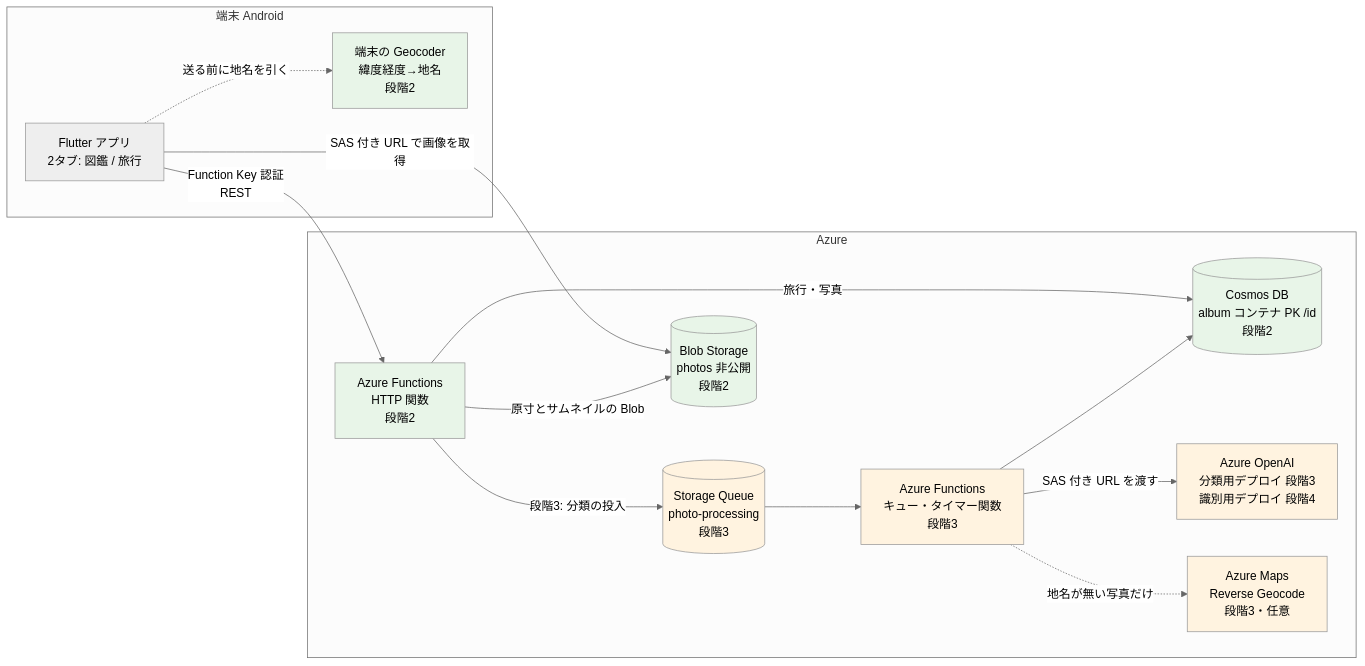
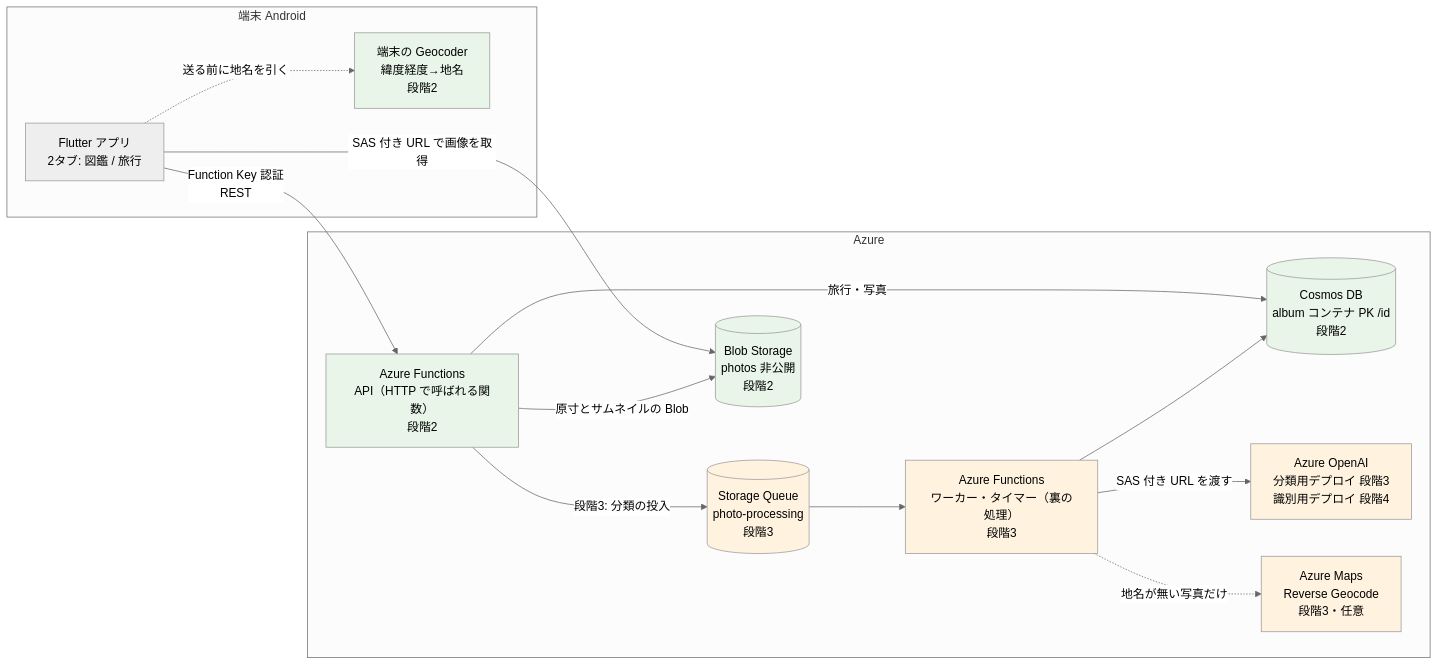
One commit to nmasashi/snaplant changed the diagram in docs/travel-album/02_design_overview.md. Above: the diagram before and after it, drawn with Mermaid (neutral theme). The commit also changed other lines of this file and 2 other files, not shown here.

First line of the commit message:
設計書の「HTTP 関数」を「API（Azure Functions）」に言い換える

````diff
--- a/docs/travel-album/02_design_overview.md
+++ b/docs/travel-album/02_design_overview.md
@@ -51,33 +51,33 @@
 ```mermaid
 flowchart LR
     subgraph Device[端末 Android]
         App[Flutter アプリ<br/>2タブ: 図鑑 / 旅行]
         Geo[端末の Geocoder<br/>緯度経度→地名<br/>段階2]
     end
 
     subgraph Azure
-        Http[Azure Functions<br/>HTTP 関数<br/>段階2]
-        Worker[Azure Functions<br/>キュー・タイマー関数<br/>段階3]
+        Http[Azure Functions<br/>API（HTTP で呼ばれる関数）<br/>段階2]
+        Worker[Azure Functions<br/>ワーカー・タイマー（裏の処理）<br/>段階3]
         Queue[(Storage Queue<br/>photo-processing<br/>段階3)]
         Blob[(Blob Storage<br/>photos 非公開<br/>段階2)]
         Cosmos[(Cosmos DB<br/>album コンテナ PK /id<br/>段階2)]
         AOAI[Azure OpenAI<br/>分類用デプロイ 段階3<br/>識別用デプロイ 段階4]
         Maps[Azure Maps<br/>Reverse Geocode<br/>段階3・任意]
     end
 
     App -->|Function Key 認証<br/>REST| Http
     App -.->|送る前に地名を引く| Geo
     App -->|SAS 付き URL で画像を取得| Blob
     Http -->|旅行・写真| Cosmos
     Http -->|原寸とサムネイルの Blob| Blob
     Http -->|段階3: 分類の投入| Queue
     Queue --> Worker
     Worker --> Cosmos
     Worker -->|SAS 付き URL を渡す| AOAI
     Worker -.->|地名が無い写真だけ| Maps
 
     classDef s2 fill:#e8f5e8
     classDef s3 fill:#fff3e0
     class Http,Blob,Cosmos,Geo s2
     class Worker,Queue,AOAI,Maps s3
 ```
````
